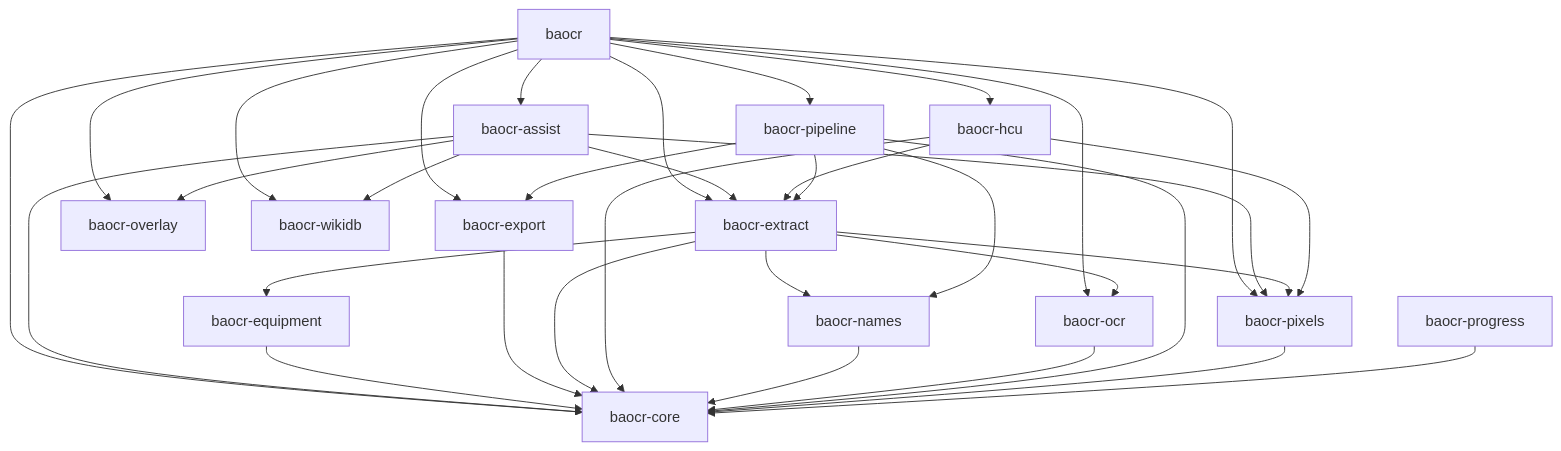
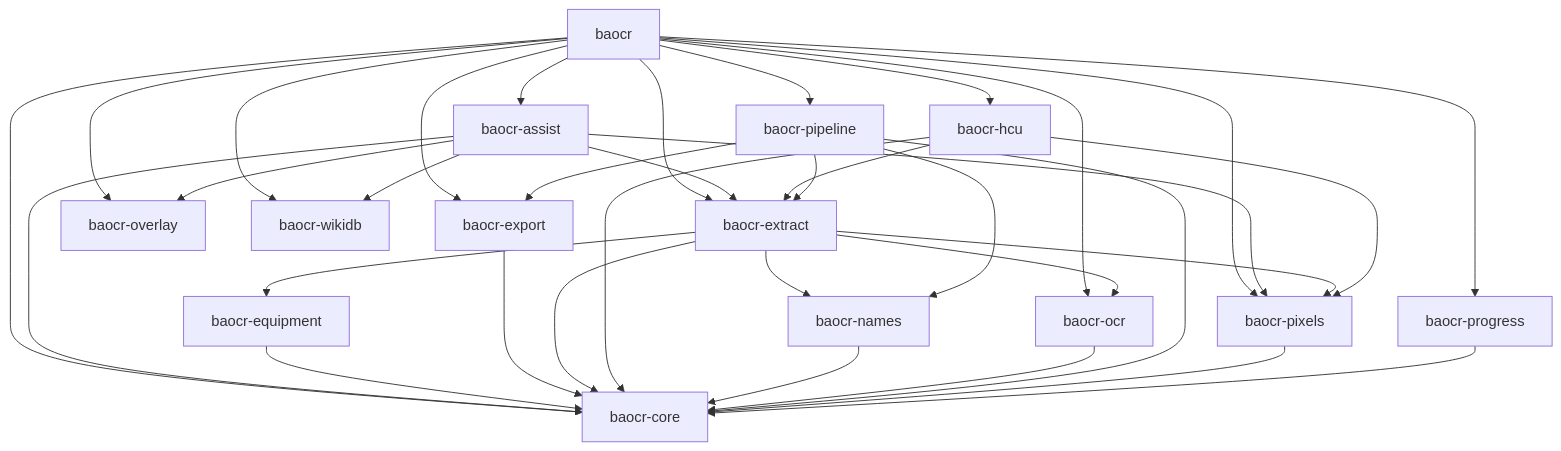
One commit to whyjp/ba_key_amas changed the diagram in docs/diagrams/crates.mmd. Above: the diagram before and after it, drawn with Mermaid. The commit also changed 5 other files, not shown here.

```diff
--- a/docs/diagrams/crates.mmd
+++ b/docs/diagrams/crates.mmd
@@ -1,34 +1,35 @@
 graph TD
   baocr[baocr] --> baocr_assist[baocr-assist]
   baocr[baocr] --> baocr_core[baocr-core]
   baocr[baocr] --> baocr_export[baocr-export]
   baocr[baocr] --> baocr_extract[baocr-extract]
   baocr[baocr] --> baocr_hcu[baocr-hcu]
   baocr[baocr] --> baocr_ocr[baocr-ocr]
   baocr[baocr] --> baocr_overlay[baocr-overlay]
   baocr[baocr] --> baocr_pipeline[baocr-pipeline]
   baocr[baocr] --> baocr_pixels[baocr-pixels]
+  baocr[baocr] --> baocr_progress[baocr-progress]
   baocr[baocr] --> baocr_wikidb[baocr-wikidb]
   baocr_assist[baocr-assist] --> baocr_core[baocr-core]
   baocr_assist[baocr-assist] --> baocr_extract[baocr-extract]
   baocr_assist[baocr-assist] --> baocr_overlay[baocr-overlay]
   baocr_assist[baocr-assist] --> baocr_pixels[baocr-pixels]
   baocr_assist[baocr-assist] --> baocr_wikidb[baocr-wikidb]
   baocr_equipment[baocr-equipment] --> baocr_core[baocr-core]
   baocr_export[baocr-export] --> baocr_core[baocr-core]
   baocr_extract[baocr-extract] --> baocr_core[baocr-core]
   baocr_extract[baocr-extract] --> baocr_equipment[baocr-equipment]
   baocr_extract[baocr-extract] --> baocr_names[baocr-names]
   baocr_extract[baocr-extract] --> baocr_ocr[baocr-ocr]
   baocr_extract[baocr-extract] --> baocr_pixels[baocr-pixels]
   baocr_hcu[baocr-hcu] --> baocr_core[baocr-core]
   baocr_hcu[baocr-hcu] --> baocr_extract[baocr-extract]
   baocr_hcu[baocr-hcu] --> baocr_pixels[baocr-pixels]
   baocr_names[baocr-names] --> baocr_core[baocr-core]
   baocr_ocr[baocr-ocr] --> baocr_core[baocr-core]
   baocr_pipeline[baocr-pipeline] --> baocr_core[baocr-core]
   baocr_pipeline[baocr-pipeline] --> baocr_export[baocr-export]
   baocr_pipeline[baocr-pipeline] --> baocr_extract[baocr-extract]
   baocr_pipeline[baocr-pipeline] --> baocr_names[baocr-names]
   baocr_pixels[baocr-pixels] --> baocr_core[baocr-core]
   baocr_progress[baocr-progress] --> baocr_core[baocr-core]
```
